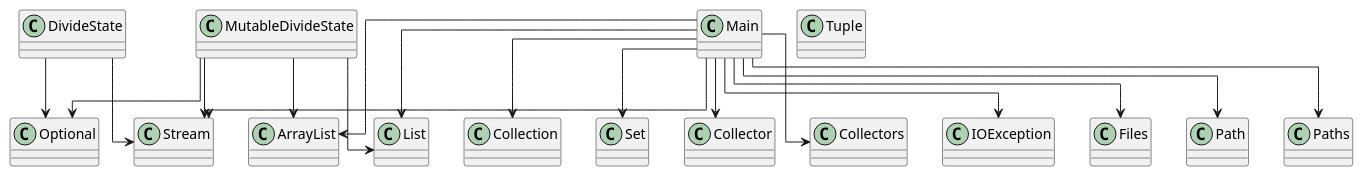
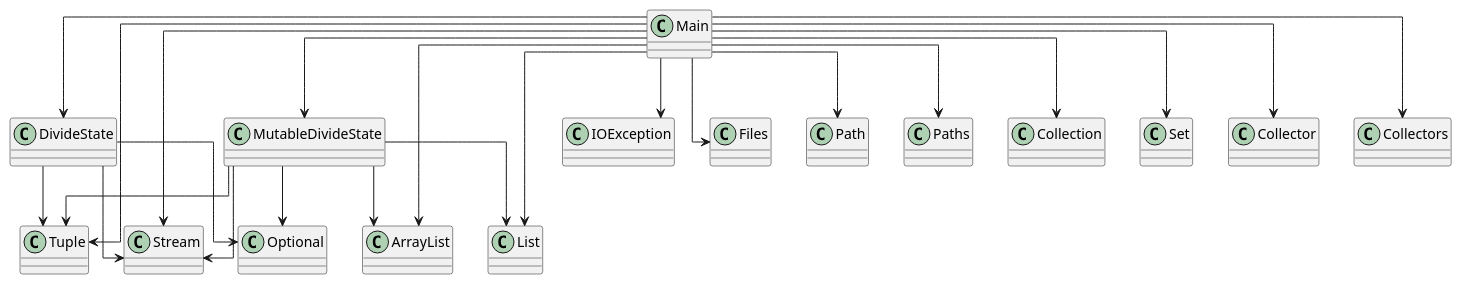
The diagram in diagram.puml (SirMathhman/Magma), drawn with PlantUML before and after one commit. The commit also changed 5 other files, not shown here.

```diff
--- a/diagram.puml
+++ b/diagram.puml
@@ -1,24 +1,29 @@
 @startuml
 skinparam linetype ortho
-class MutableDivideState
-MutableDivideState --> ArrayList
-MutableDivideState --> List
-MutableDivideState --> Optional
-MutableDivideState --> Stream
-class DivideState
-DivideState --> Optional
-DivideState --> Stream
 class Main
+Main --> Tuple
+Main --> DivideState
+Main --> MutableDivideState
 Main --> IOException
 Main --> Files
 Main --> Path
 Main --> Paths
 Main --> ArrayList
 Main --> Collection
 Main --> List
 Main --> Set
 Main --> Collector
 Main --> Collectors
 Main --> Stream
+class MutableDivideState
+MutableDivideState --> Tuple
+MutableDivideState --> ArrayList
+MutableDivideState --> List
+MutableDivideState --> Optional
+MutableDivideState --> Stream
 class Tuple
+class DivideState
+DivideState --> Tuple
+DivideState --> Optional
+DivideState --> Stream
 @enduml
```
